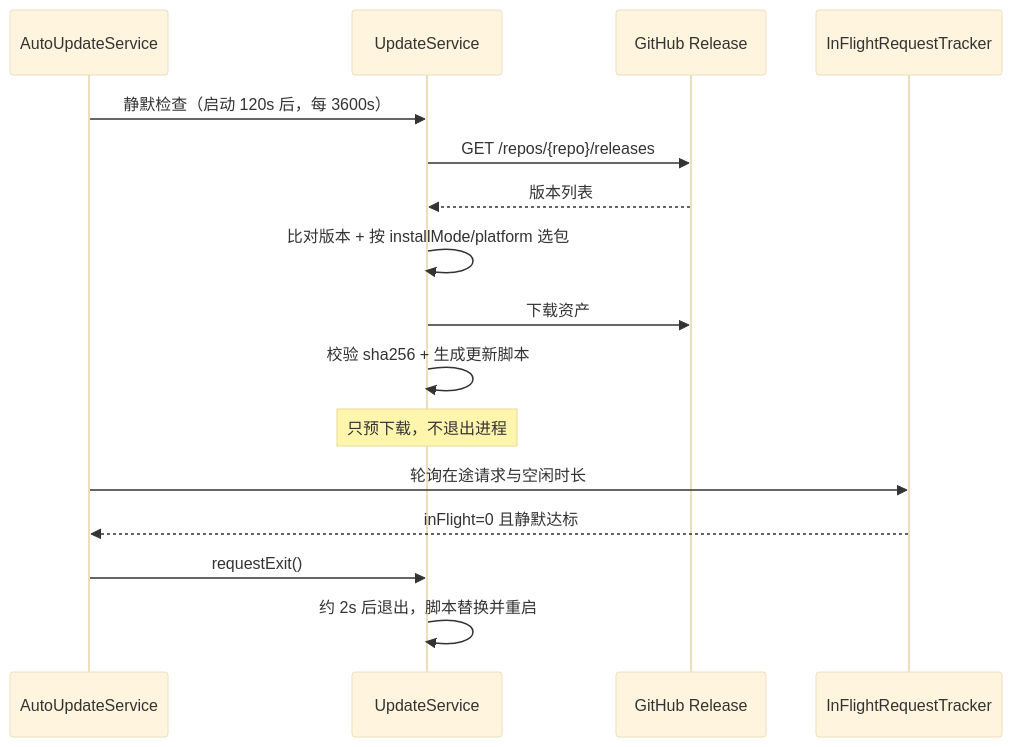
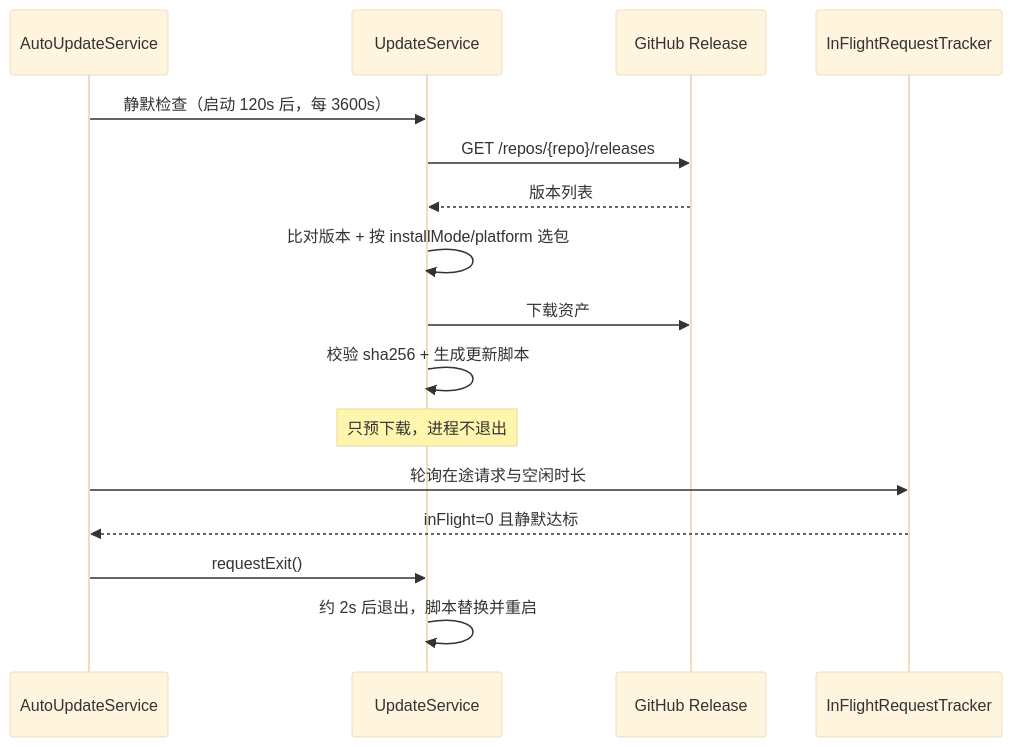
Before and after one commit to geek-xin/web-router: the second of 2 diagrams in wiki/Architecture.md, drawn with Mermaid (base theme). The commit also changed other lines of this file and 10 other files, not shown here.

````diff
--- a/wiki/Architecture.md
+++ b/wiki/Architecture.md
@@ -110,18 +136,18 @@
 ```mermaid
 sequenceDiagram
     participant S as AutoUpdateService
     participant U as UpdateService
     participant G as GitHub Release
     participant T as InFlightRequestTracker
     S->>U: 静默检查（启动 120s 后，每 3600s）
     U->>G: GET /repos/{repo}/releases
     G-->>U: 版本列表
     U->>U: 比对版本 + 按 installMode/platform 选包
     U->>G: 下载资产
     U->>U: 校验 sha256 + 生成更新脚本
-    Note over U: 只预下载，不退出进程
+    Note over U: 只预下载，进程不退出
     S->>T: 轮询在途请求与空闲时长
     T-->>S: inFlight=0 且静默达标
     S->>U: requestExit()
     U->>U: 约 2s 后退出，脚本替换并重启
 ```
````
